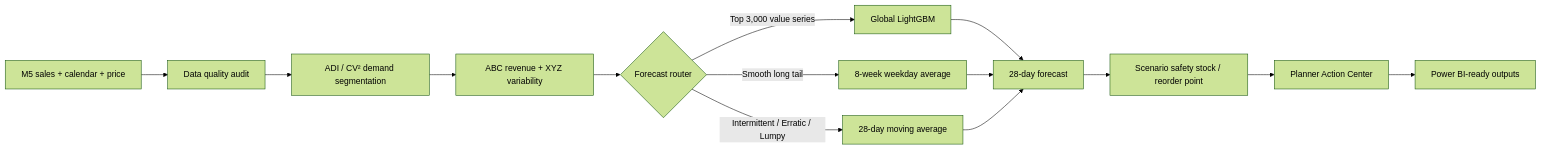
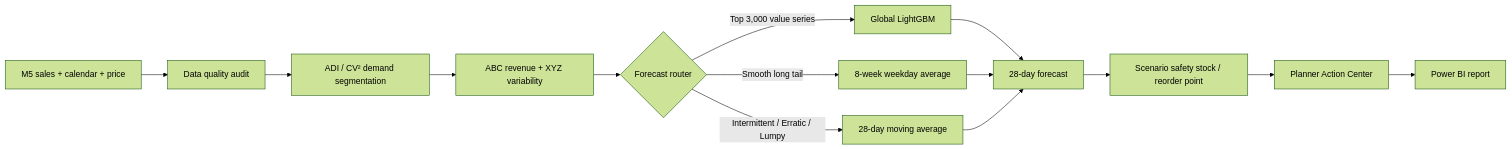
The diagram in README.md (maryamzlf/walmart-demand-planning-analytics), drawn with Mermaid (forest theme) before and after one commit. The commit also changed other lines of this file, not shown here.

````diff
--- a/README.md
+++ b/README.md
@@ -27,16 +58,16 @@
 ```mermaid
 flowchart LR
     A[M5 sales + calendar + price] --> B[Data quality audit]
     B --> C[ADI / CV² demand segmentation]
     C --> D[ABC revenue + XYZ variability]
     D --> E{Forecast router}
     E -->|Top 3,000 value series| F[Global LightGBM]
     E -->|Smooth long tail| G[8-week weekday average]
     E -->|Intermittent / Erratic / Lumpy| H[28-day moving average]
     F --> I[28-day forecast]
     G --> I
     H --> I
     I --> J[Scenario safety stock / reorder point]
     J --> K[Planner Action Center]
-    K --> L[Power BI-ready outputs]
+    K --> L[Power BI report]
 ```
````
